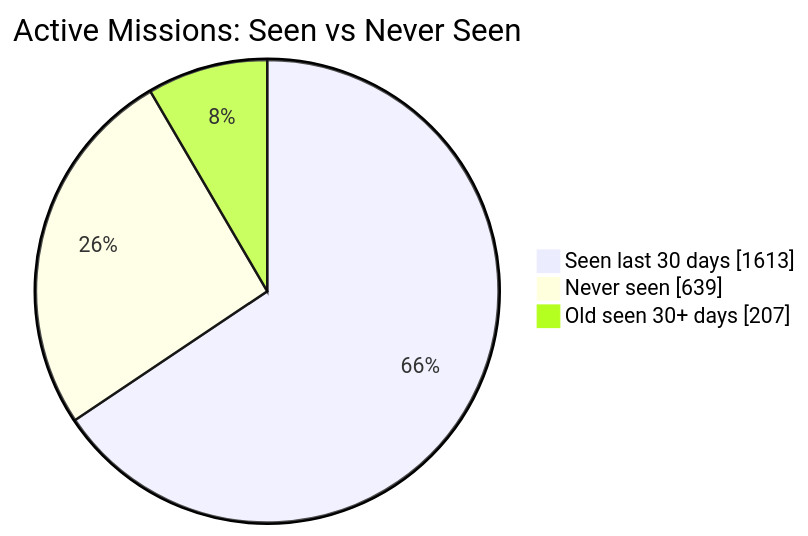
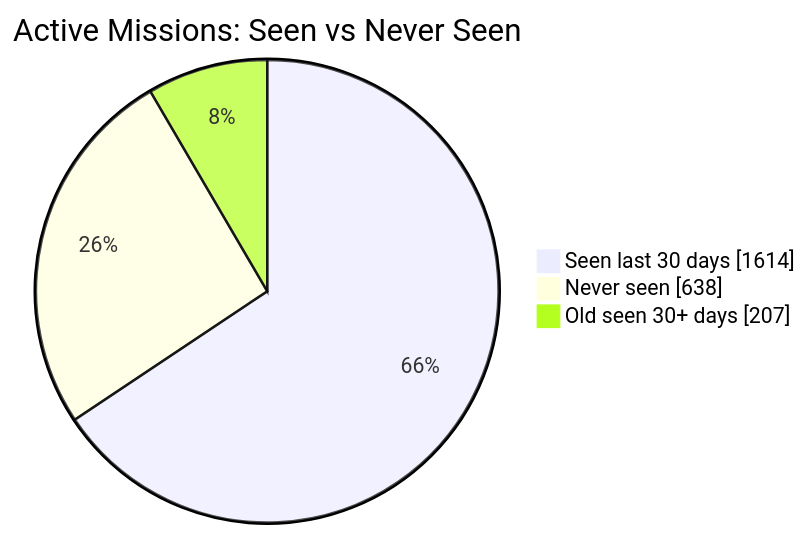
One commit to MeldkamerspelGameTeam/active-missions changed the first of 2 diagrams in README.md. Above: the diagram before and after it, drawn with Mermaid. The commit also changed other lines of this file and 2 other files, not shown here.

````diff
--- a/README.md
+++ b/README.md
@@ -34,7 +34,7 @@
 ```mermaid
 pie showData
     title Active Missions: Seen vs Never Seen
-    "Seen last 30 days" : 1613
-    "Never seen" : 639
+    "Seen last 30 days" : 1614
+    "Never seen" : 638
     "Old seen 30+ days" : 207
 ```
````
